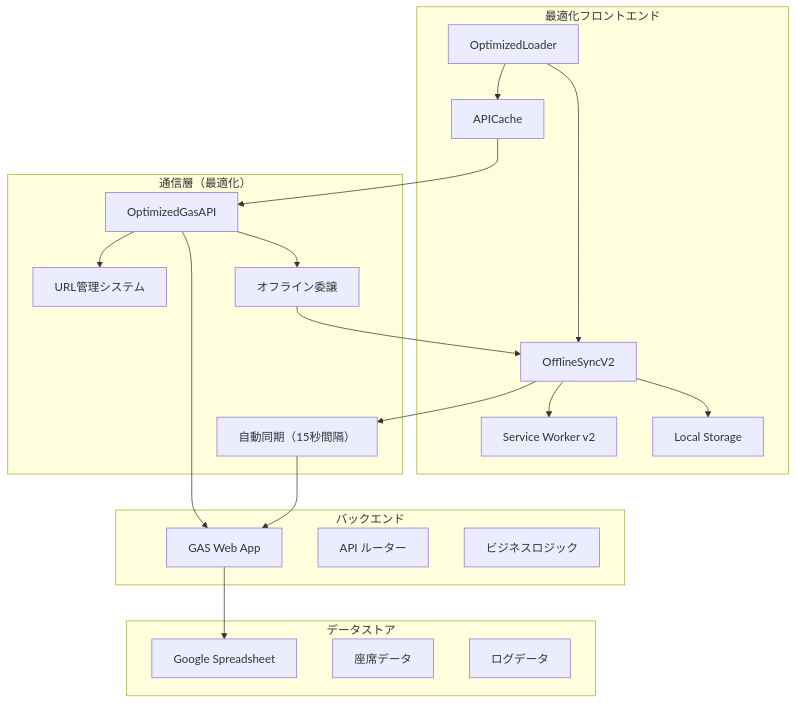
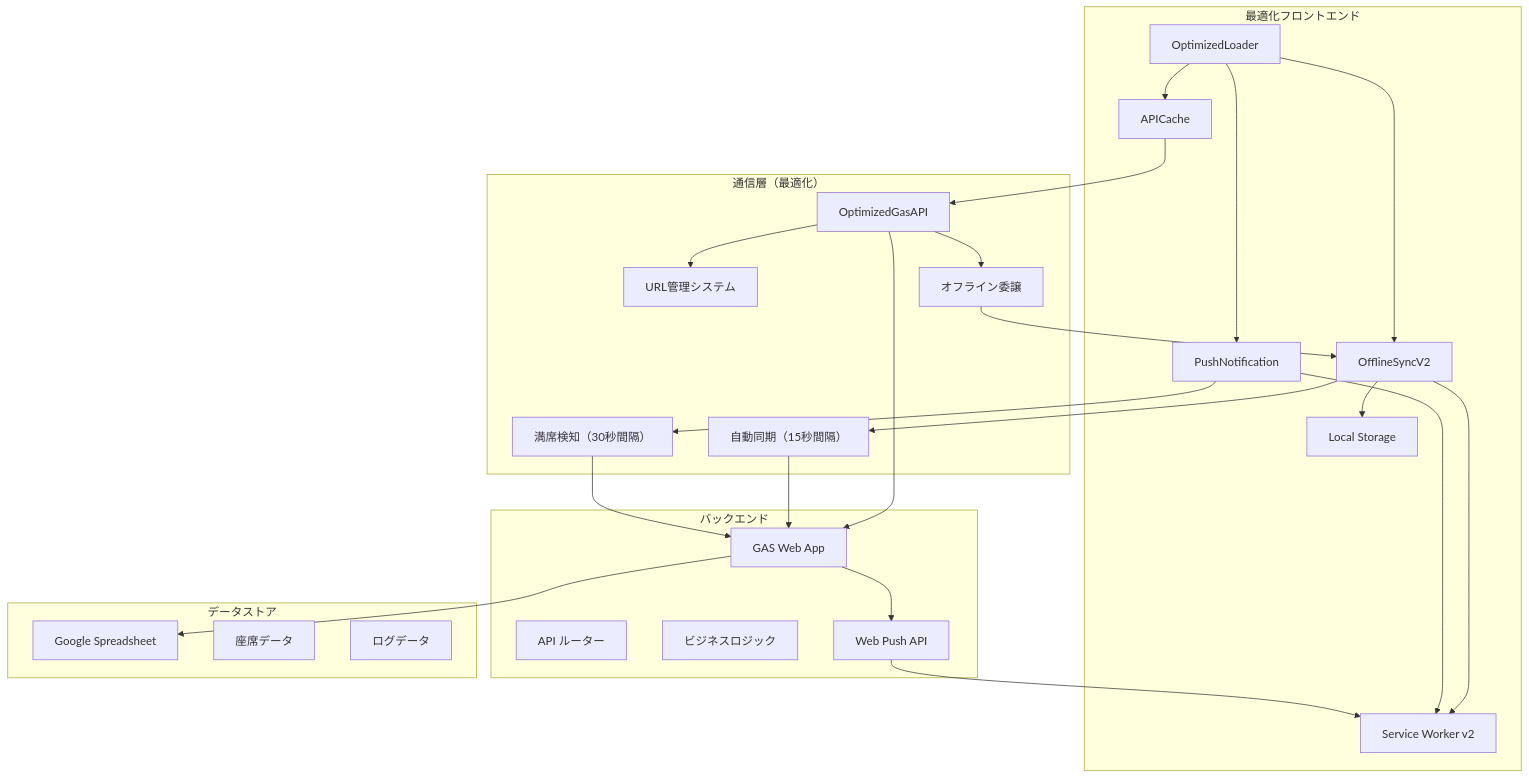
Before and after one commit to J105588/tickets: the first of 15 diagrams in README.md, drawn with Mermaid. The commit also changed other lines of this file and 5 other files, not shown here.

````diff
--- a/README.md
+++ b/README.md
@@ -101,42 +110,51 @@
 ```mermaid
 graph TB
   subgraph "最適化フロントエンド"
     A[OptimizedLoader]
     B[OfflineSyncV2]
     C[Service Worker v2]
     D[APICache]
     E[Local Storage]
+    P[PushNotification]
   end
   
   subgraph "通信層（最適化）"
     F[OptimizedGasAPI]
     G[URL管理システム]
     H[オフライン委譲]
     I[自動同期（15秒間隔）]
+    Q[満席検知（30秒間隔）]
   end
   
   subgraph "バックエンド"
     J[GAS Web App]
     K[API ルーター]
     L[ビジネスロジック]
+    R[Web Push API]
   end
   
   subgraph "データストア"
     M[Google Spreadsheet]
     N[座席データ]
     O[ログデータ]
   end
   
   A --> B
   A --> D
+  A --> P
   B --> C
   B --> E
+  P --> C
   D --> F
   F --> G
   F --> H
   H --> B
   F --> J
   J --> M
   B --> I
   I --> J
+  P --> Q
+  Q --> J
+  J --> R
+  R --> C
 ```
````
